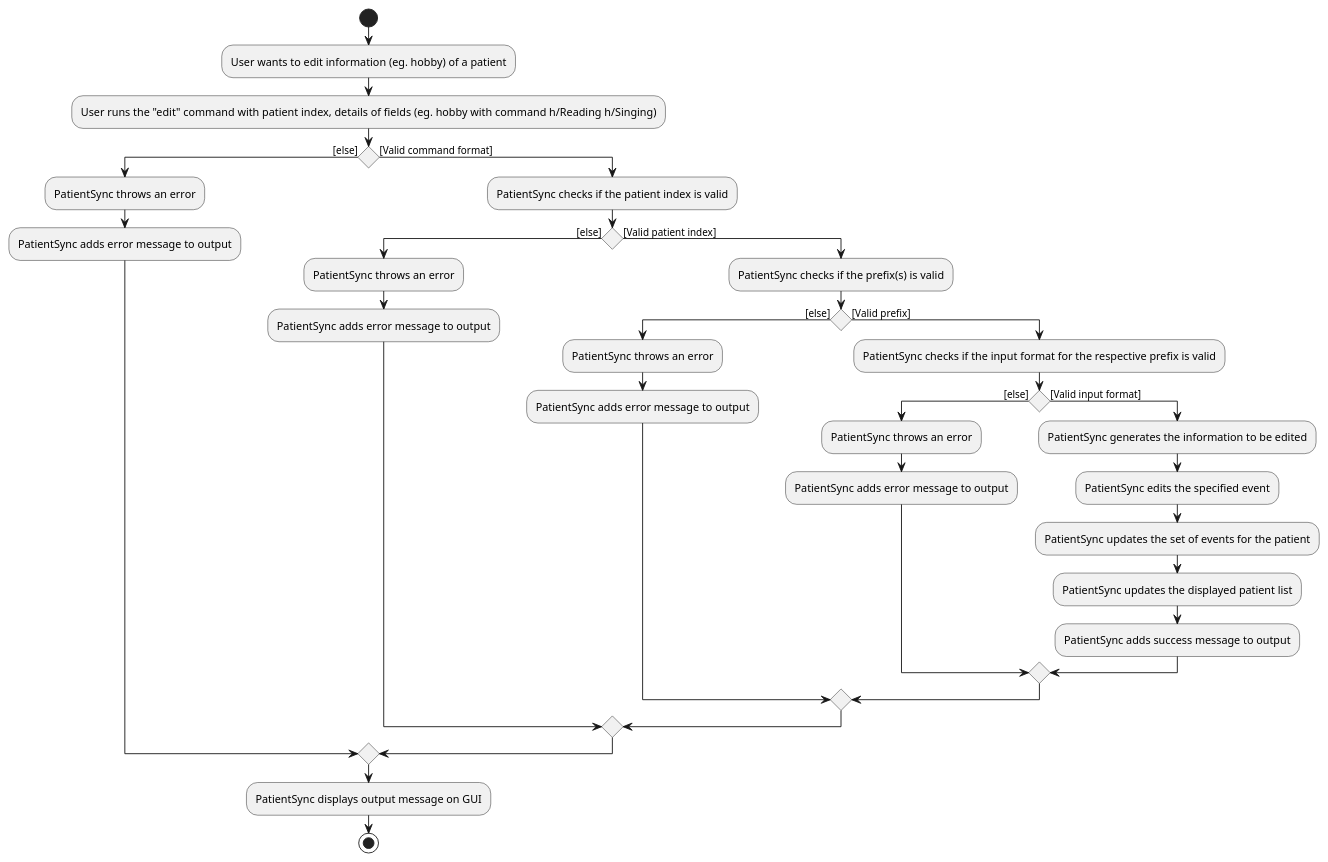
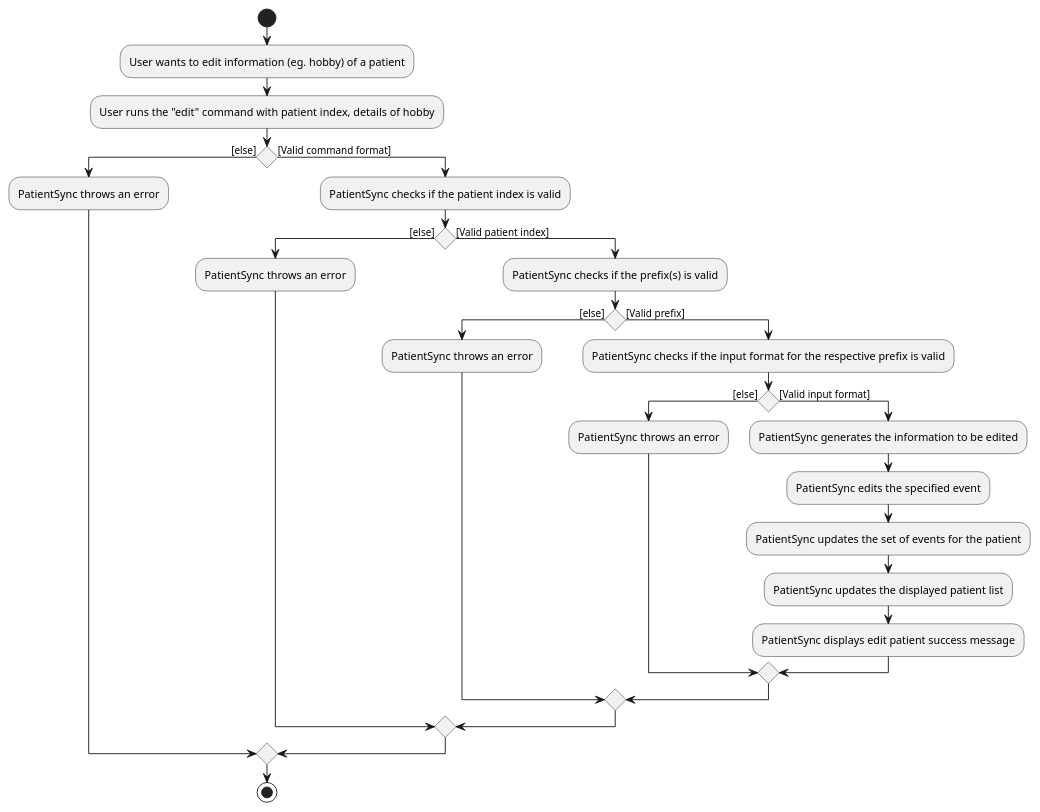
One commit to NeoHW/tp changed the diagram in diagrams/EditActivityDiagram.puml. Above: the diagram before and after it, drawn with PlantUML. The commit also changed 74 other files, not shown here.

```diff
--- a/diagrams/EditActivityDiagram.puml
+++ b/diagrams/EditActivityDiagram.puml
@@ -1,35 +1,30 @@
 @startuml
 start
 :User wants to edit information (eg. hobby) of a patient;
-:User runs the "edit" command with patient index, details of fields (eg. hobby with command h/Reading h/Singing);
+:User runs the "edit" command with patient index, details of hobby;
 if () then ([else])
     :PatientSync throws an error;
-    :PatientSync adds error message to output;
 else ([Valid command format])
     :PatientSync checks if the patient index is valid;
     if () then ([else])
         :PatientSync throws an error;
-        :PatientSync adds error message to output;
     else ([Valid patient index])
         :PatientSync checks if the prefix(s) is valid;
         if () then ([else])
             :PatientSync throws an error;
-            :PatientSync adds error message to output;
         else ([Valid prefix])
             :PatientSync checks if the input format for the respective prefix is valid;
             if () then ([else])
                 :PatientSync throws an error;
-                :PatientSync adds error message to output;
             else ([Valid input format])
                 :PatientSync generates the information to be edited;
                 :PatientSync edits the specified event;
                 :PatientSync updates the set of events for the patient;
                 :PatientSync updates the displayed patient list;
-                :PatientSync adds success message to output;
+                :PatientSync displays edit patient success message;
             endif
         endif
     endif
 endif
-:PatientSync displays output message on GUI;
 stop
 @enduml
```
